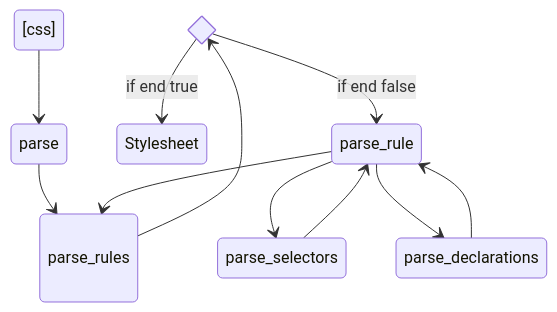
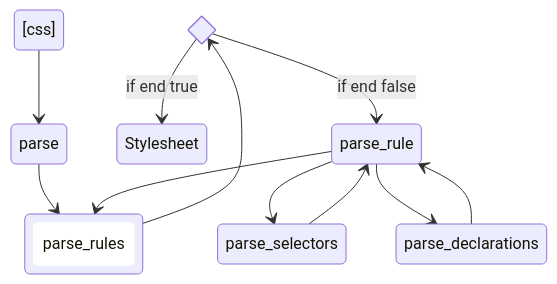
Before and after one commit to nakayan5/lets-build-a-browser-engine: the second of 2 diagrams in README.md, drawn with Mermaid.

````diff
--- a/README.md
+++ b/README.md
@@ -36,20 +36,20 @@
 ```mermaid
 stateDiagram-v2
   state end <<choice>>
 
-  classDef parent display:flex; align-items:center; justify-content:center; background-color:#fff; border-radius:5px; padding:10px;
+  classDef parent display:flex,align-items:center,justify-content:center,background-color:#fff,border-radius:5px,padding:10px
 
   [css] --> parse
   parse --> parse_rules:::parent
   parse_rules --> end
 
   end --> Stylesheet: if end true
   end --> parse_rule: if end false
 
   parse_rule --> parse_rules
 
   parse_rule --> parse_selectors
   parse_rule --> parse_declarations
   parse_selectors --> parse_rule
   parse_declarations --> parse_rule
 ```
````
